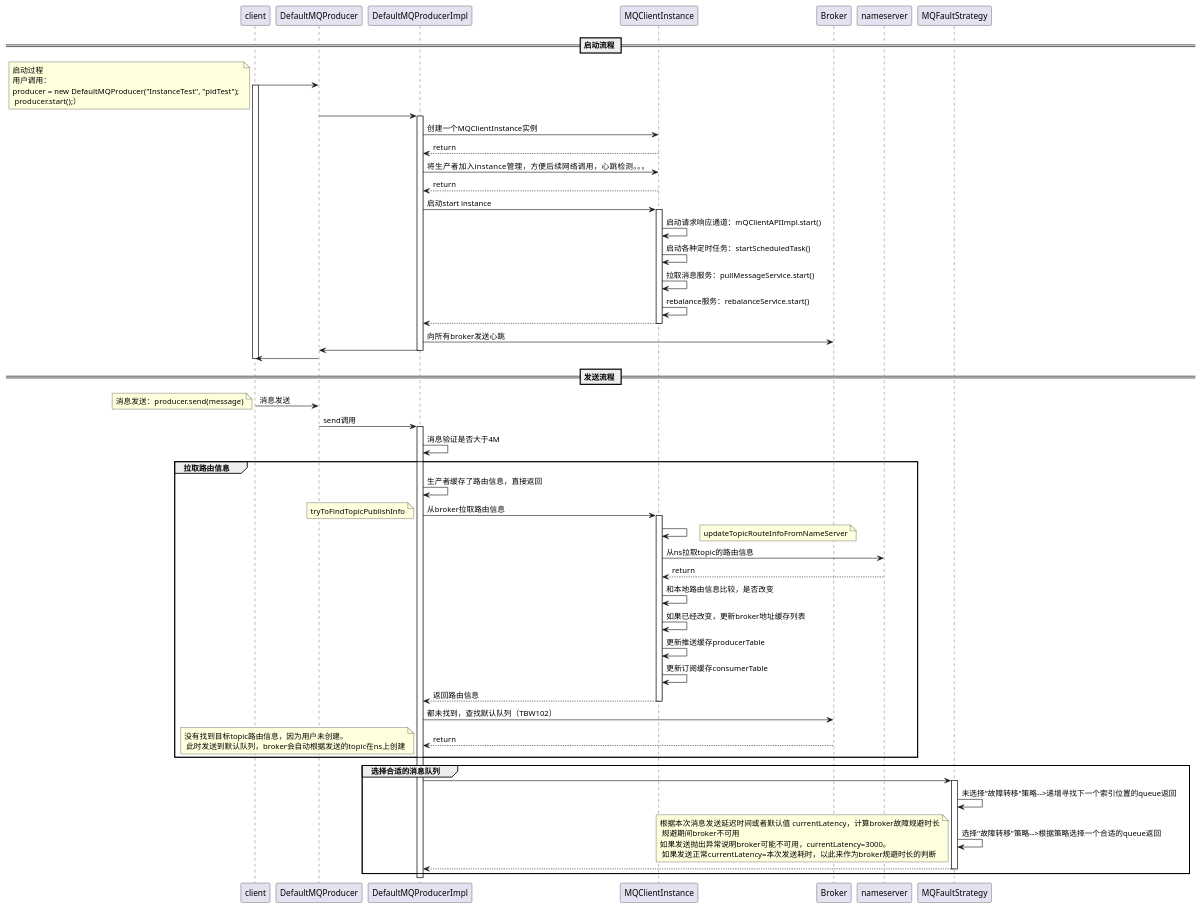
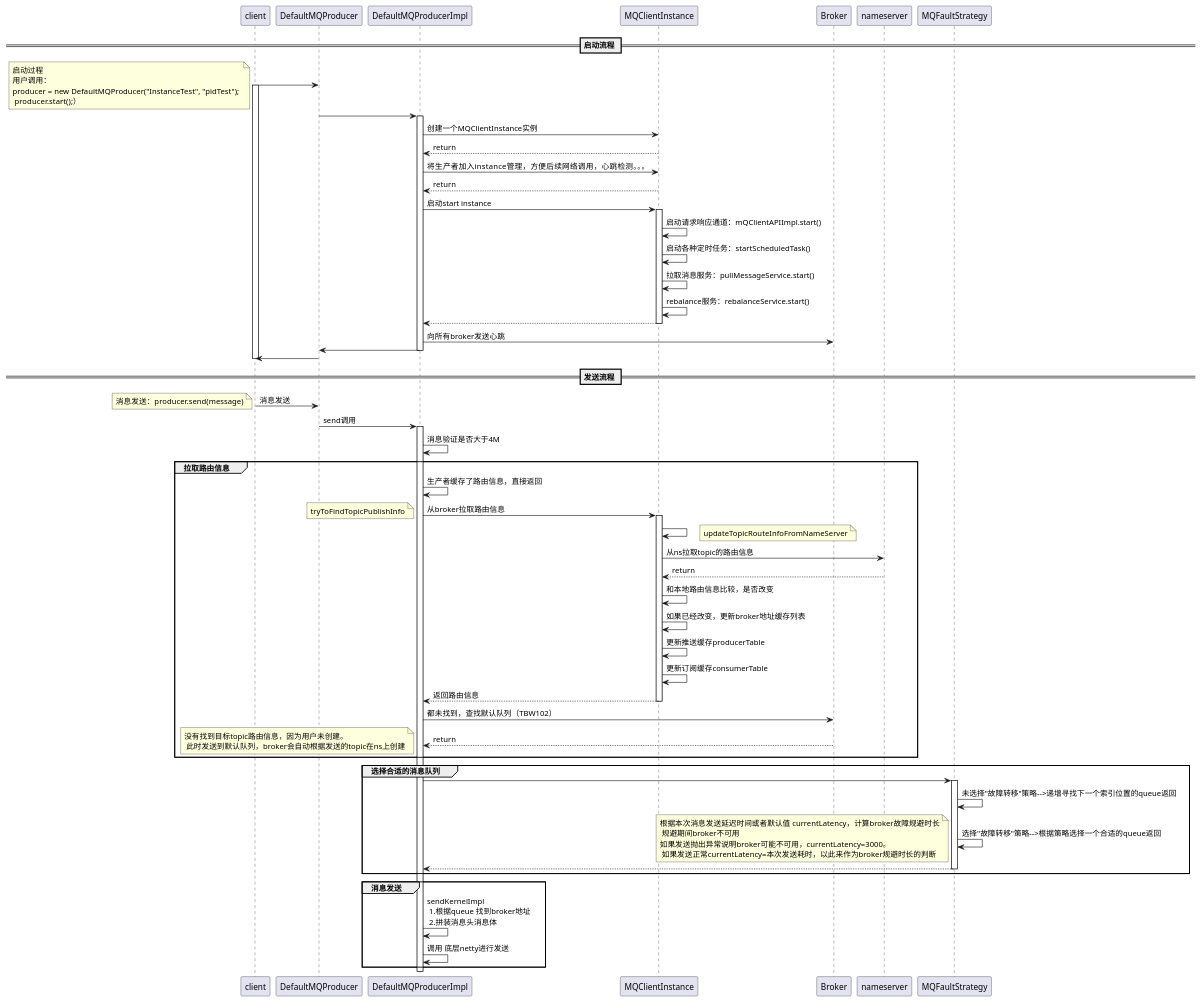
Before and after one commit to sybnfkn/java-chaotic: the diagram in rocketmq/消息生产过程.puml, drawn with PlantUML. The commit also changed 1 other file, not shown here.

```diff
--- a/rocketmq/消息生产过程.puml
+++ b/rocketmq/消息生产过程.puml
@@ -1,98 +1,103 @@
 @startuml
 == 启动流程 ==
 client -> DefaultMQProducer
 activate client
 note left : 启动过程\n用户调用：\nproducer = new DefaultMQProducer("InstanceTest", "pidTest"); \n producer.start();）
 
 DefaultMQProducer -> DefaultMQProducerImpl
 activate DefaultMQProducerImpl
 DefaultMQProducerImpl -> MQClientInstance:创建一个MQClientInstance实例
 MQClientInstance --> DefaultMQProducerImpl:return
 
 DefaultMQProducerImpl -> MQClientInstance:将生产者加入instance管理，方便后续网络调用，心跳检测。。。
 MQClientInstance --> DefaultMQProducerImpl:return
 
 DefaultMQProducerImpl -> MQClientInstance:启动start instance
 activate MQClientInstance
 MQClientInstance -> MQClientInstance:启动请求响应通道：mQClientAPIImpl.start()
 MQClientInstance -> MQClientInstance:启动各种定时任务：startScheduledTask()
 MQClientInstance -> MQClientInstance:拉取消息服务：pullMessageService.start()
 MQClientInstance -> MQClientInstance:rebalance服务：rebalanceService.start()
 
 MQClientInstance --> DefaultMQProducerImpl
 deactivate MQClientInstance
 
 DefaultMQProducerImpl -> Broker:向所有broker发送心跳
 
 DefaultMQProducerImpl -> DefaultMQProducer
 deactivate DefaultMQProducerImpl
 
 DefaultMQProducer -> client
 deactivate client
 
 
 
 == 发送流程 ==
 client->DefaultMQProducer:消息发送
 note left : 消息发送：producer.send(message)
 DefaultMQProducer -> DefaultMQProducerImpl:send调用
 
 activate DefaultMQProducerImpl
 DefaultMQProducerImpl -> DefaultMQProducerImpl : 消息验证是否大于4M
 group 拉取路由信息
 DefaultMQProducerImpl -> DefaultMQProducerImpl : 生产者缓存了路由信息，直接返回
 
 DefaultMQProducerImpl -> MQClientInstance:从broker拉取路由信息
 note left:tryToFindTopicPublishInfo
 
 
 
 activate MQClientInstance
 MQClientInstance -> MQClientInstance:
 note right :updateTopicRouteInfoFromNameServer
 
 MQClientInstance -> nameserver:从ns拉取topic的路由信息
 nameserver --> MQClientInstance:return
 
 MQClientInstance -> MQClientInstance:和本地路由信息比较，是否改变
 
 MQClientInstance -> MQClientInstance:如果已经改变，更新broker地址缓存列表
 MQClientInstance -> MQClientInstance:更新推送缓存producerTable
 MQClientInstance -> MQClientInstance:更新订阅缓存consumerTable
 MQClientInstance --> DefaultMQProducerImpl:返回路由信息
 deactivate MQClientInstance
 DefaultMQProducerImpl -> Broker:都未找到，查找默认队列（TBW102）
 Broker --> DefaultMQProducerImpl:return
 note left:没有找到目标topic路由信息，因为用户未创建。\n 此时发送到默认队列，broker会自动根据发送的topic在ns上创建
 end
 
 group 选择合适的消息队列
 DefaultMQProducerImpl -> MQFaultStrategy:
 activate MQFaultStrategy
 MQFaultStrategy -> MQFaultStrategy : 未选择"故障转移"策略-->递增寻找下一个索引位置的queue返回
 
 MQFaultStrategy -> MQFaultStrategy : 选择"故障转移"策略-->根据策略选择一个合适的queue返回
 note left:根据本次消息发送延迟时间或者默认值 currentLatency，计算broker故障规避时长\n 规避期间broker不可用\n如果发送抛出异常说明broker可能不可用，currentLatency=3000。\n 如果发送正常currentLatency=本次发送耗时，以此来作为broker规避时长的判断
 MQFaultStrategy --> DefaultMQProducerImpl
 
 deactivate MQFaultStrategy
 
 end
 
+group 消息发送
+DefaultMQProducerImpl -> DefaultMQProducerImpl:sendKernelImpl\n 1.根据queue 找到broker地址 \n 2.拼装消息头消息体
+DefaultMQProducerImpl -> DefaultMQProducerImpl:调用 底层netty进行发送
+end
+
 
 
 
 deactivate DefaultMQProducerImpl
 
 
 
 
 
 
 
 
 
 
 
 
 @enduml
```
